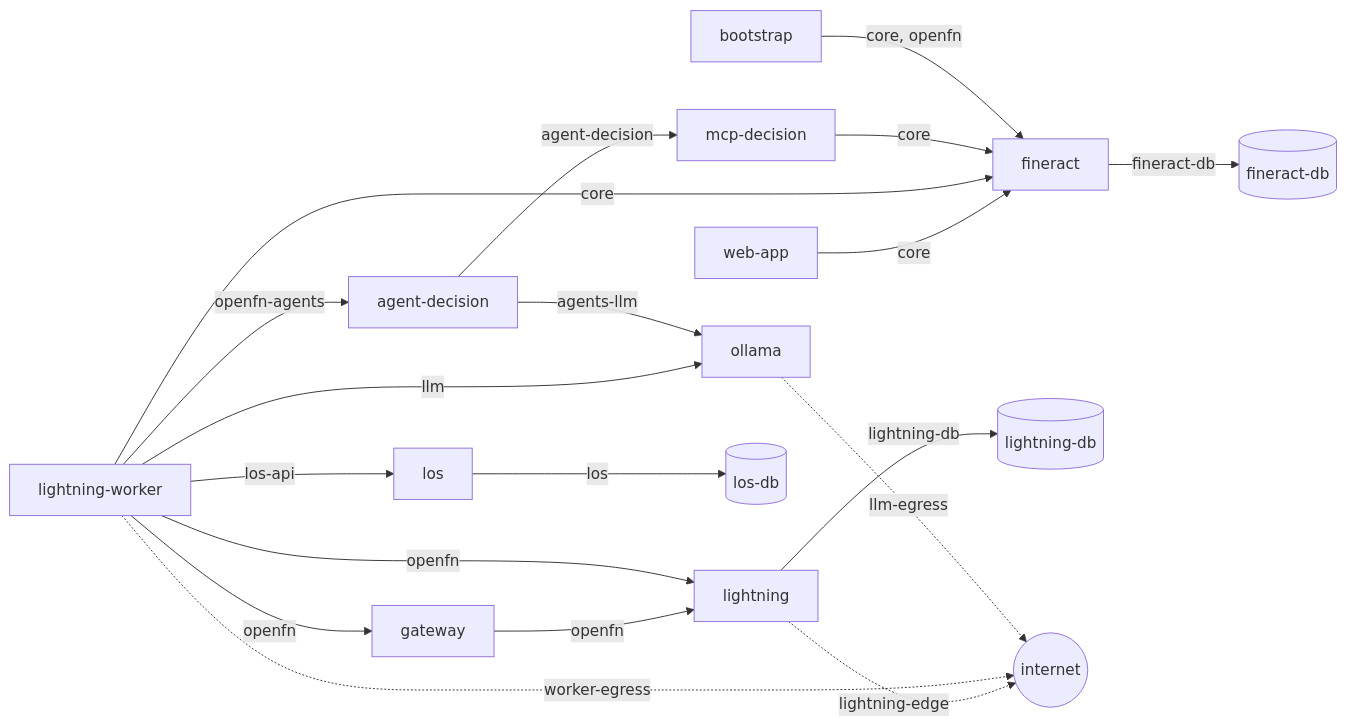
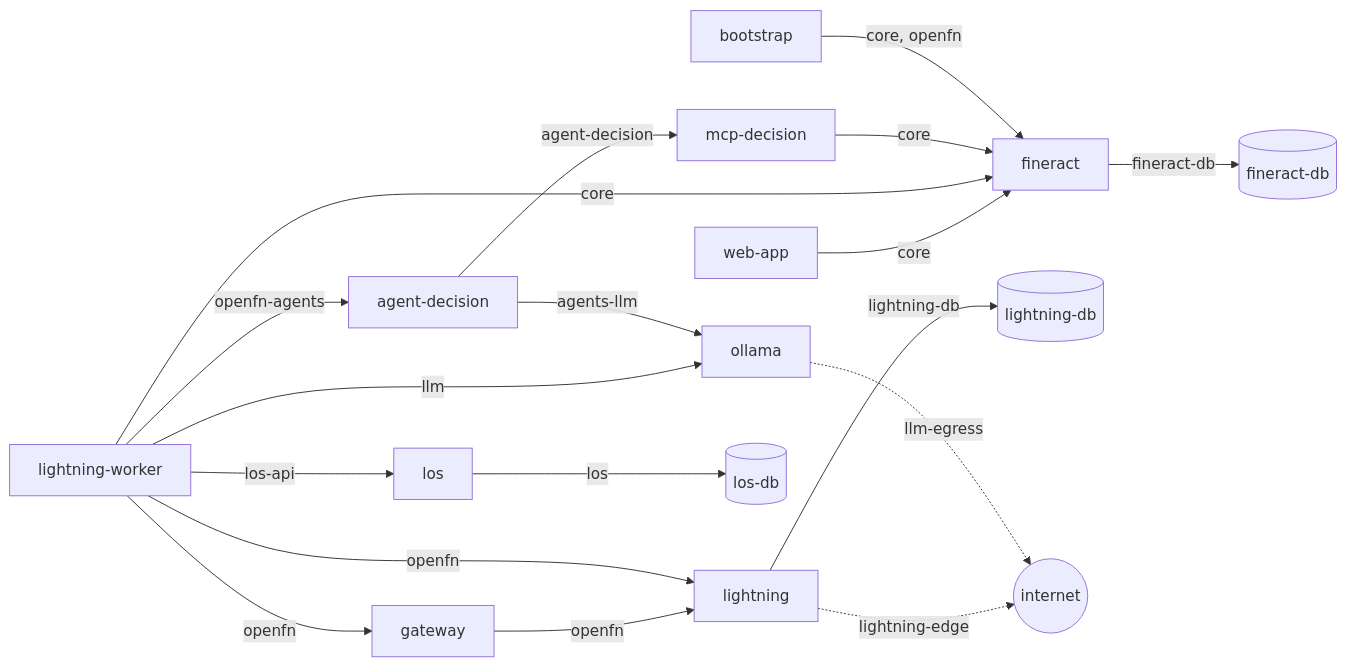
One commit to openMF/mcp-mifosx changed the second of 2 diagrams in agentic-mifos-sandbox/README.md. Above: the diagram before and after it, drawn with Mermaid. The commit also changed other lines of this file and 11 other files, not shown here.

````diff
--- a/agentic-mifos-sandbox/README.md
+++ b/agentic-mifos-sandbox/README.md
@@ -157,21 +157,20 @@
 ```mermaid
 flowchart LR
   webapp[web-app] -- core --> fineract
   fineract -- fineract-db --> fdb[(fineract-db)]
   lightning -- lightning-db --> ldb[(lightning-db)]
   gateway -- openfn --> lightning
   worker[lightning-worker] -- openfn --> lightning
   worker -- openfn --> gateway
   worker -- core --> fineract
   worker -- llm --> ollama
   worker -- openfn-agents --> agent[agent-decision]
   agent -- agent-decision --> mcp[mcp-decision]
   agent -- agents-llm --> ollama
   mcp -- core --> fineract
   bootstrap -- "core, openfn" --> fineract
   los -- los --> losdb[(los-db)]
   worker -- los-api --> los
   lightning -. lightning-edge .-> net((internet))
-  worker -. worker-egress .-> net
   ollama -. llm-egress .-> net
 ```
````
